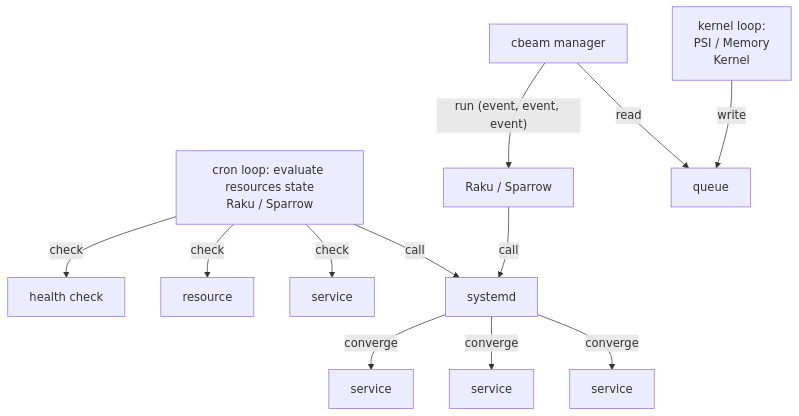
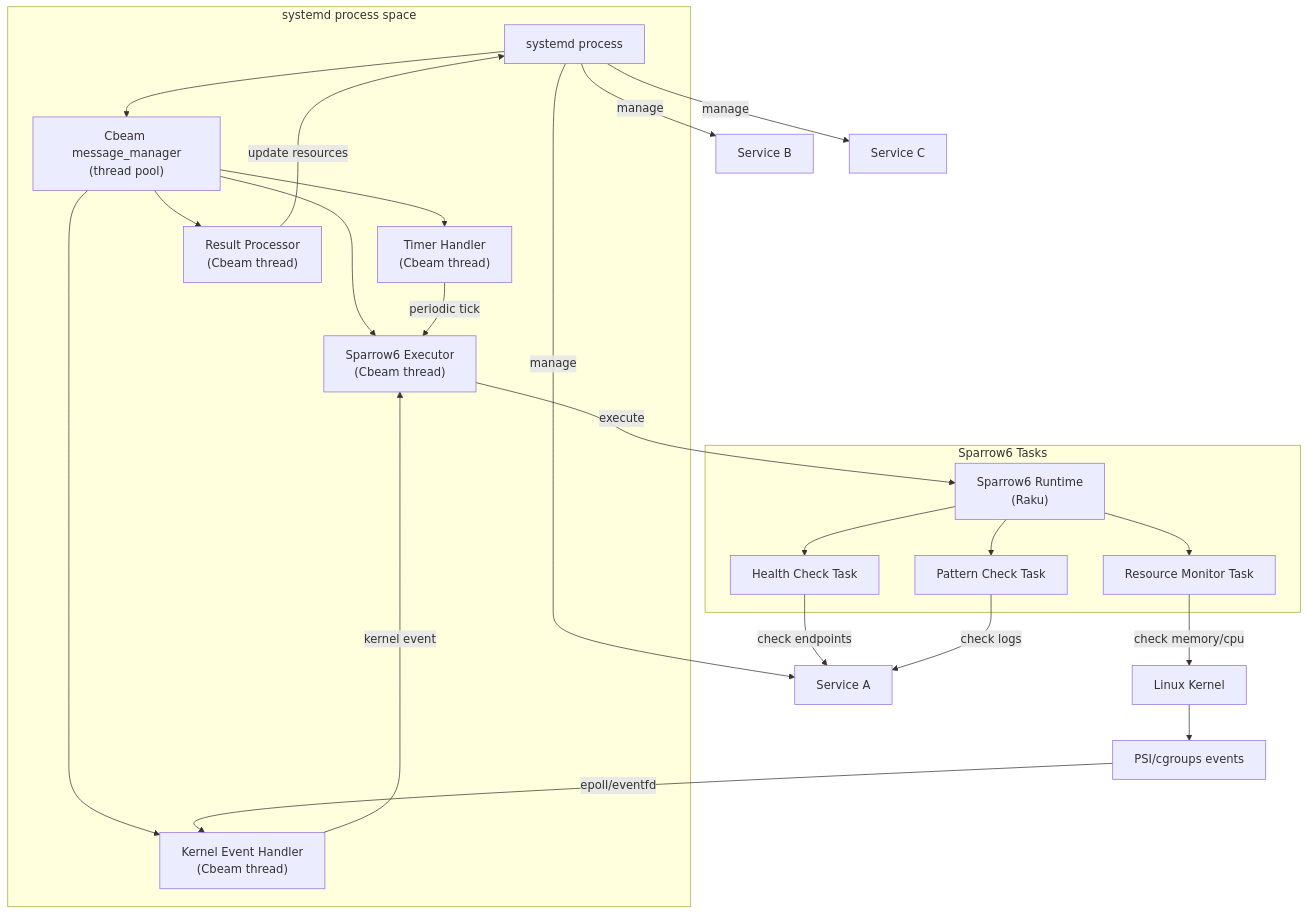
One commit to acrion/systemd-sparrow changed the diagram in README.md. Above: the diagram before and after it, drawn with Mermaid.

Commit message:
Update README.md
Everything runs within the systemd process. Cbeam's `message_manager` manages all threads. Two types of triggers: Timers and Kernel Events. Sparrow6 is executed by Cbeam threads. No `cron`, no external processes.

````diff
--- a/README.md
+++ b/README.md
@@ -247,27 +247,48 @@
 ```mermaid
 graph TD
-    A["cron loop: evaluate resources state<br/>Raku / Sparrow"] 
-    B["systemd"]
-    C["service"]
-    D["service"] 
-    E["service"]
-    F["queue"]
-    G["kernel loop:<br/>PSI / Memory<br/>Kernel"]
-    H["cbeam manager"]
-    I["service"]
-    J["resource"]
-    K["health check"]
-    L["Raku / Sparrow"]
+    A["systemd process"]
+    B["Cbeam message_manager<br/>(thread pool)"]
+    C["Timer Handler<br/>(Cbeam thread)"]
+    D["Kernel Event Handler<br/>(Cbeam thread)"]
+    E["Sparrow6 Executor<br/>(Cbeam thread)"]
+    F["Result Processor<br/>(Cbeam thread)"]
+    G["Linux Kernel"]
+    H["PSI/cgroups events"]
+    I["Service A"]
+    J["Service B"]
+    K["Service C"]
+    L["Sparrow6 Runtime<br/>(Raku)"]
+    M["Resource Monitor Task"]
+    N["Health Check Task"]
+    O["Pattern Check Task"]
     
-    A -->|call| B
-    A -->|check| I
-    A -->|check| J  
-    A -->|check| K
-    B -->|converge| C
-    B -->|converge| D
-    B -->|converge| E
-    H -->|read| F
-    G -->|write| F
-    H -->|"run (event, event, event)"| L
-    L -->|call| B
+    subgraph "systemd process space"
+        A --> B
+        B --> C
+        B --> D
+        B --> E
+        B --> F
+    end
+    
+    C -->|periodic tick| E
+    D -->|kernel event| E
+    
+    subgraph "Sparrow6 Tasks"
+        E -->|execute| L
+        L --> M
+        L --> N
+        L --> O
+    end
+    
+    G --> H
+    H -->|epoll/eventfd| D
+    
+    F -->|update resources| A
+    A -->|manage| I
+    A -->|manage| J
+    A -->|manage| K
+    
+    M -->|check memory/cpu| G
+    N -->|check endpoints| I
+    O -->|check logs| I
 ```
````
